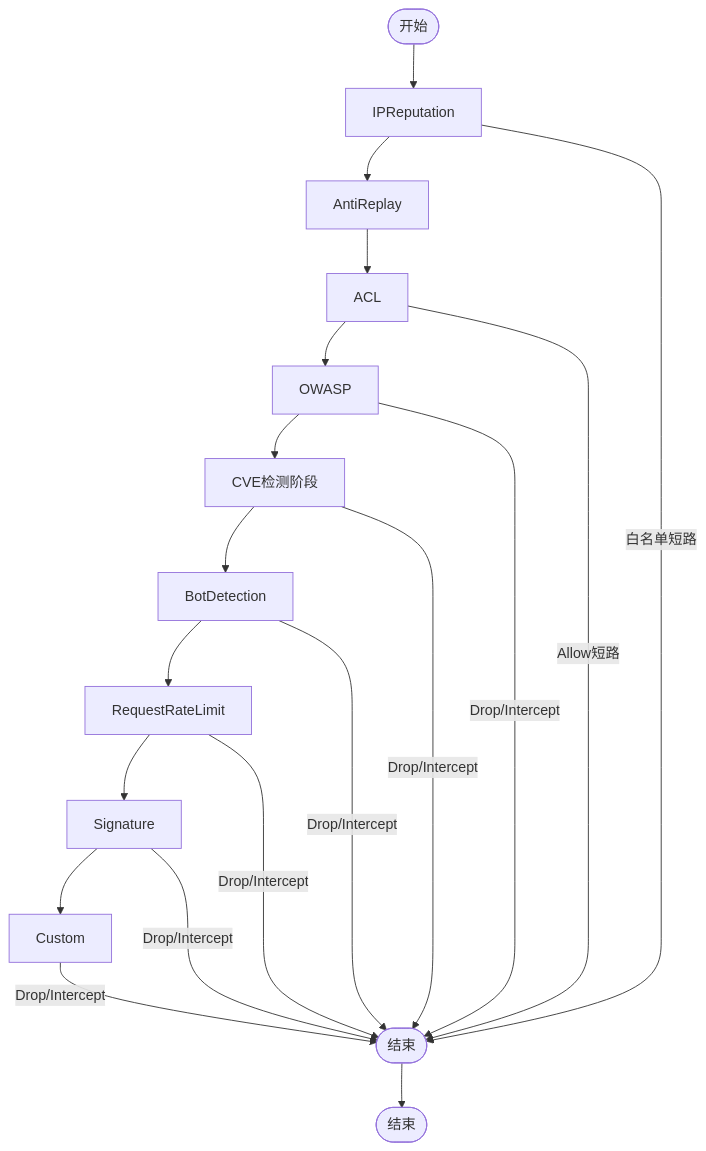
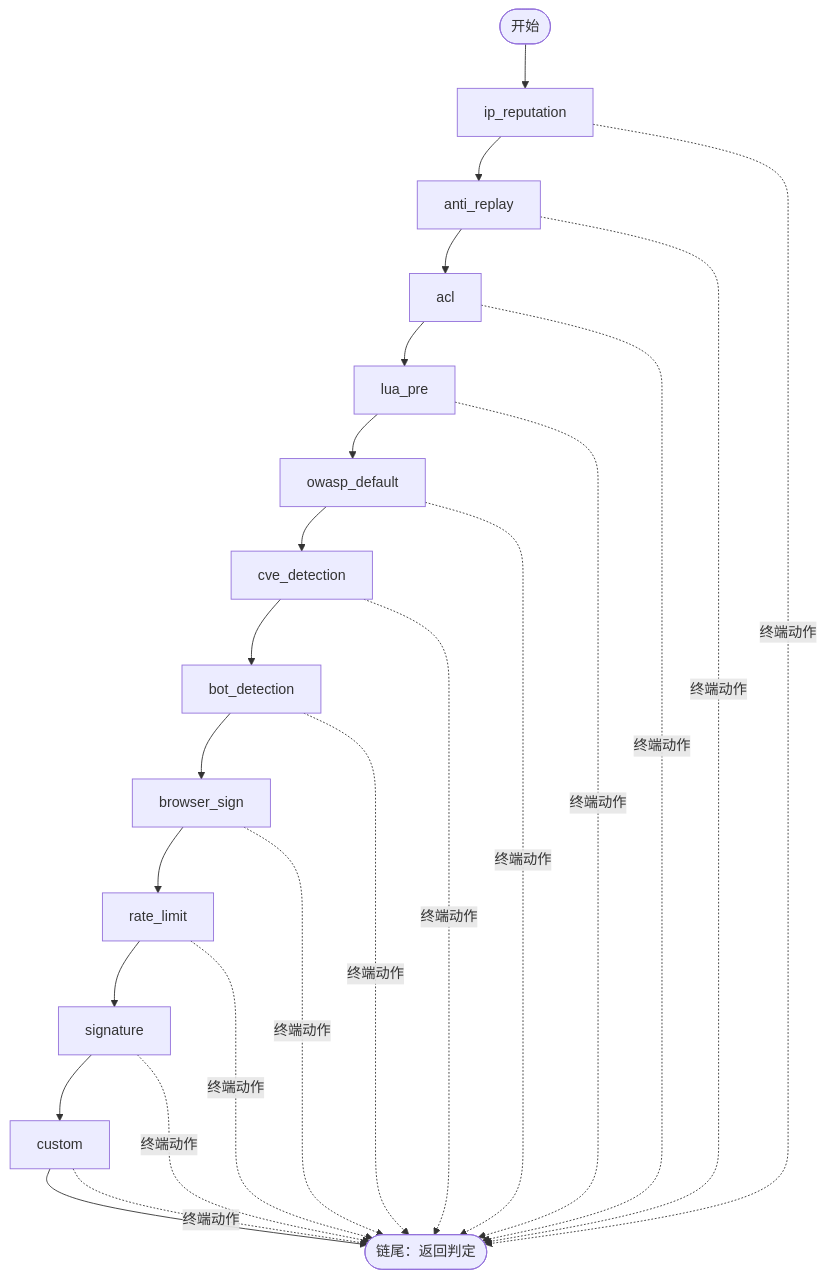
One commit to x01n/My-OpenWaf changed the fourth of 9 diagrams in docs/WAF 引擎系统/引擎核心架构/管道执行机制.md. Above: the diagram before and after it, drawn with Mermaid. The commit also changed other lines of this file and 622 other files, not shown here.

````diff
--- a/docs/WAF 引擎系统/引擎核心架构/管道执行机制.md
+++ b/docs/WAF 引擎系统/引擎核心架构/管道执行机制.md
@@ -167,21 +263,26 @@
 ```mermaid
 flowchart TD
-Start(["开始"]) --> IPRep["IPReputation"]
-IPRep --> AntiReplay["AntiReplay"]
-AntiReplay --> ACL["ACL"]
-ACL --> OWASP["OWASP"]
-OWASP --> CVE["CVE检测阶段"]
-CVE --> Bot["BotDetection"]
-Bot --> RL["RequestRateLimit"]
-RL --> Sig["Signature"]
-Sig --> Custom["Custom"]
-IPRep --> |白名单短路| Done(["结束"])
-ACL --> |Allow短路| Done
-Bot --> |Drop/Intercept| Done
-RL --> |Drop/Intercept| Done
-OWASP --> |Drop/Intercept| Done
-CVE --> |Drop/Intercept| Done
-Sig --> |Drop/Intercept| Done
-Custom --> |Drop/Intercept| Done
-Done --> End(["结束"])
+Start([开始]) --> IPRep["ip_reputation"]
+IPRep --> AntiReplay["anti_replay"]
+AntiReplay --> ACL["acl"]
+ACL --> LuaPre["lua_pre"]
+LuaPre --> OWASP["owasp_default"]
+OWASP --> CVE["cve_detection"]
+CVE --> Bot["bot_detection"]
+Bot --> BSign["browser_sign"]
+BSign --> RL["rate_limit"]
+RL --> Sig["signature"]
+Sig --> Custom["custom"]
+Custom --> Done([链尾：返回判定])
+IPRep -.->|终端动作| Done
+AntiReplay -.->|终端动作| Done
+ACL -.->|终端动作| Done
+LuaPre -.->|终端动作| Done
+OWASP -.->|终端动作| Done
+CVE -.->|终端动作| Done
+Bot -.->|终端动作| Done
+BSign -.->|终端动作| Done
+RL -.->|终端动作| Done
+Sig -.->|终端动作| Done
+Custom -.->|终端动作| Done
 ```
````
